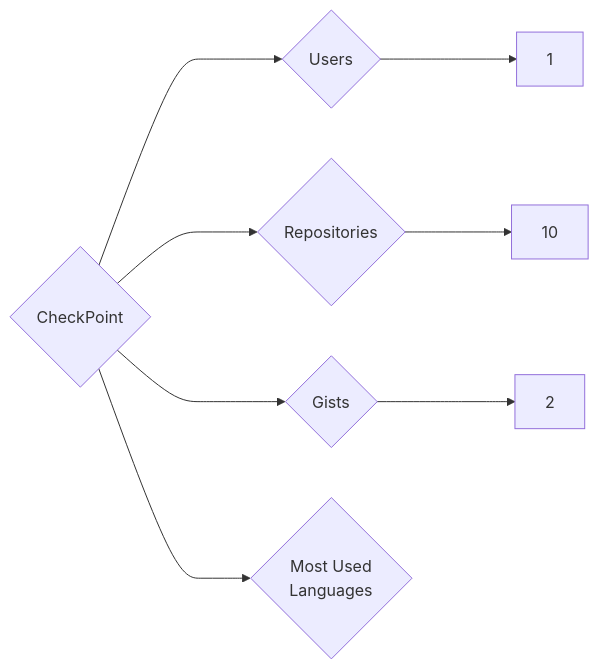
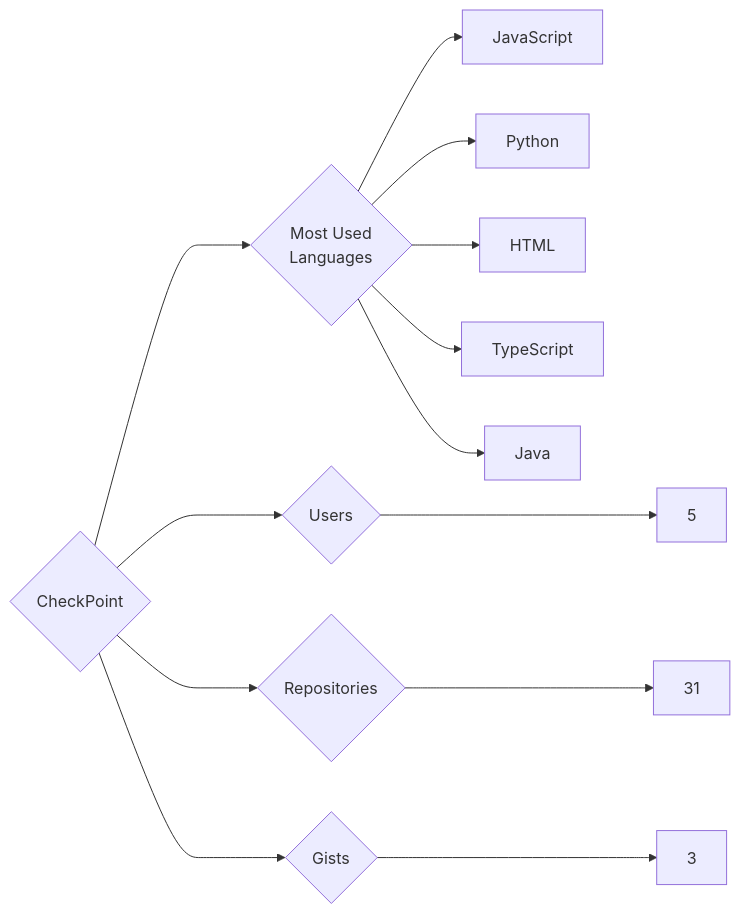
The diagram in targets/CheckPoint/README.md (trickest/insiders), drawn with Mermaid before and after one commit. The commit also changed 924 other files, not shown here.

````diff
--- a/targets/CheckPoint/README.md
+++ b/targets/CheckPoint/README.md
@@ -3,8 +3,13 @@
 ```mermaid
 graph LR
 COMPANY_NAME{CheckPoint}
-COMPANY_NAME ---> U{Users} ---> UN[1]
-COMPANY_NAME ---> R{Repositories} ---> RN[10]
-COMPANY_NAME ---> G{Gists} ---> GN[2]
+COMPANY_NAME ---> U{Users} ---> UN[5]
+COMPANY_NAME ---> R{Repositories} ---> RN[31]
+COMPANY_NAME ---> G{Gists} ---> GN[3]
 COMPANY_NAME ---> ML{Most Used<br>Languages}
+ML --> JavaScript[JavaScript]
+ML --> Python[Python]
+ML --> HTML[HTML]
+ML --> TypeScript[TypeScript]
+ML --> Java[Java]
 ```
````
